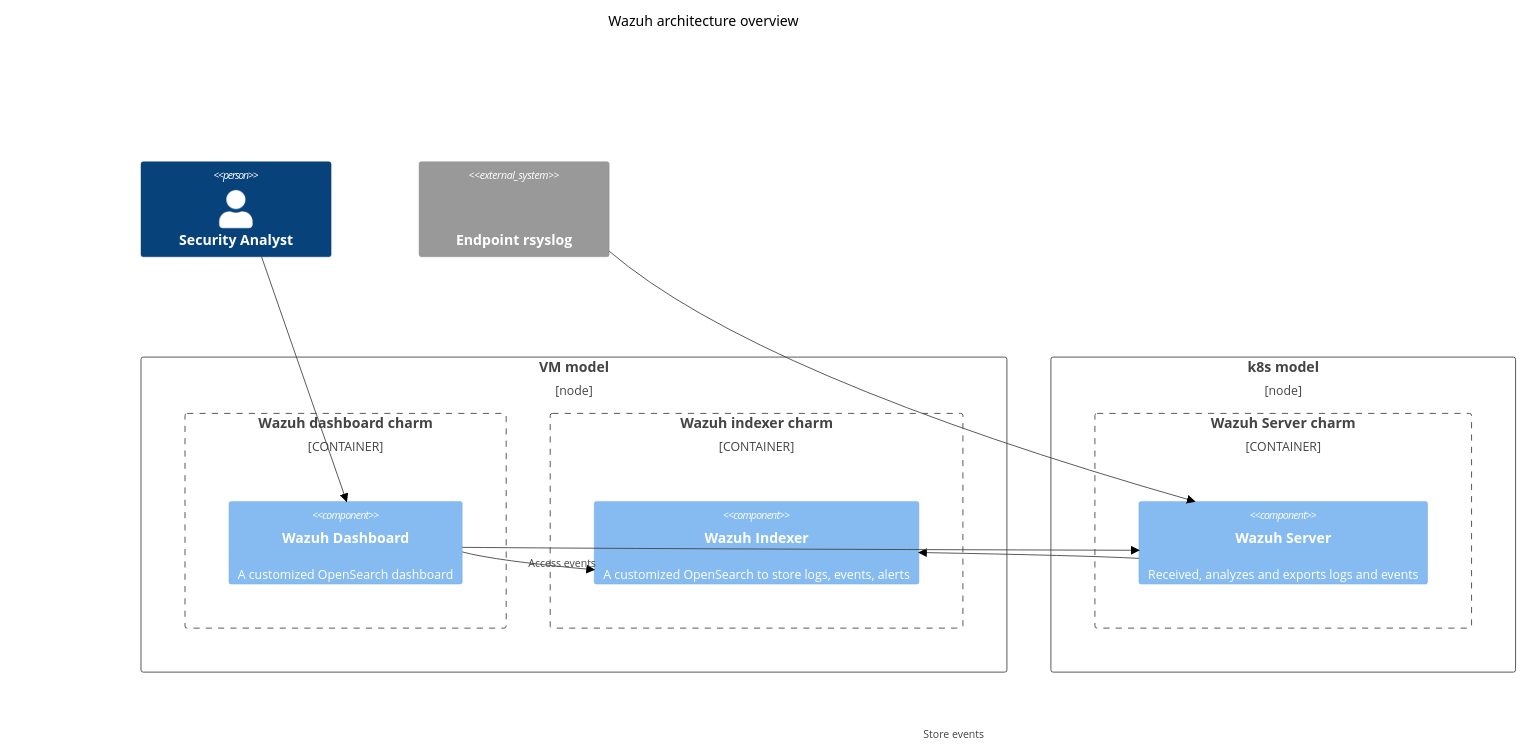
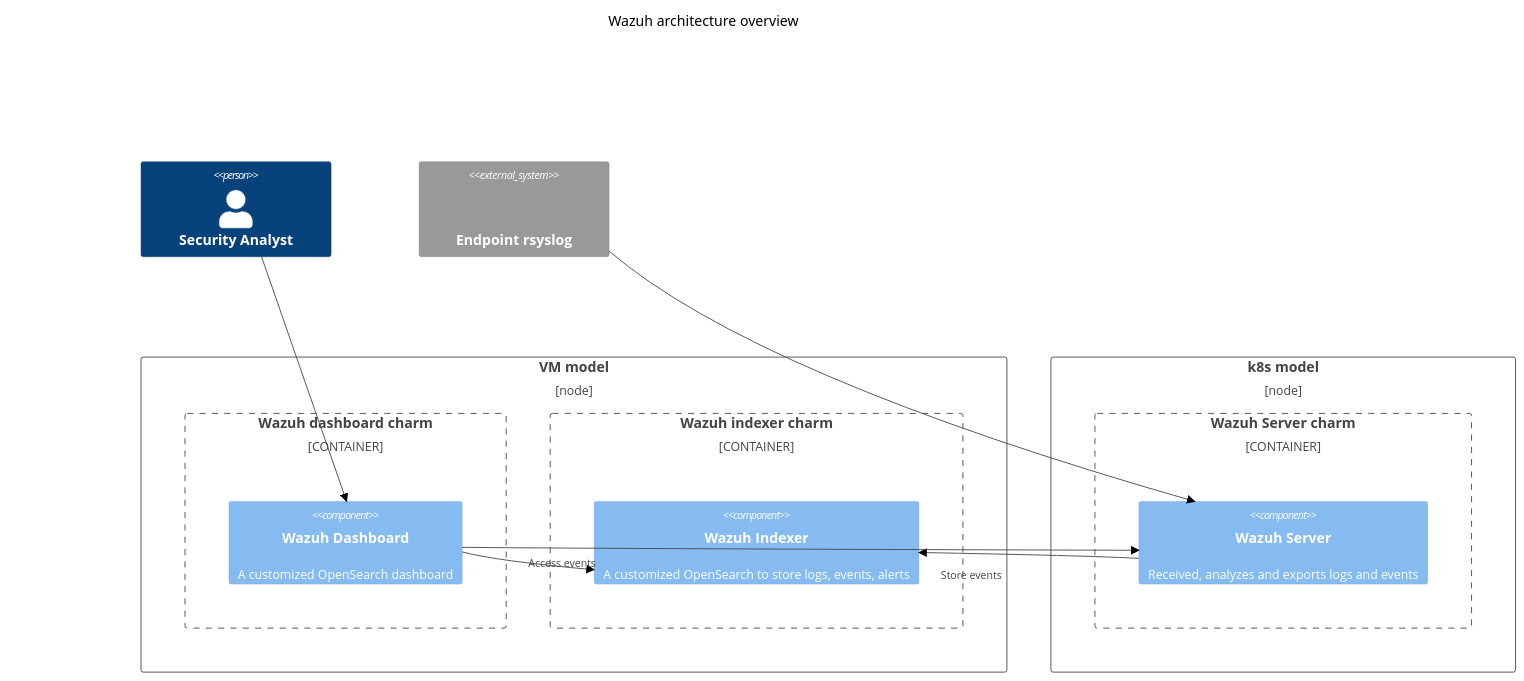
Before and after one commit to canonical/wazuh-server-operator: the diagram in docs/explanation/architecture-overview.md, drawn with Mermaid (forest theme).

````diff
--- a/docs/explanation/architecture-overview.md
+++ b/docs/explanation/architecture-overview.md
@@ -7,33 +7,33 @@
 ```mermaid
 C4Context
 title Wazuh architecture overview
 
 Person(security-analyst, "Security Analyst", "")
 Rel(security-analyst, wazuh-dashboard, "")
 
 Deployment_Node(vm-model, "VM model") {
   Container_Boundary(wazuh-dashboard, "Wazuh dashboard charm") {
     Component(wazuh-dashboard, "Wazuh Dashboard", "","A customized OpenSearch dashboard")
   }
   Container_Boundary(wazuh-indexer, "Wazuh indexer charm") {
     Component(wazuh-indexer, "Wazuh Indexer", "","A customized OpenSearch to store logs, events, alerts")
   }
 }
 
 Deployment_Node(k8s-model, "k8s model") {
   Container_Boundary(wazuh-server, "Wazuh Server charm") {
     Component(wazuh-server, "Wazuh Server", "", "Received, analyzes and exports logs and events")
   }
 }
 
 System_Ext(endpoint-rsyslog, "Endpoint rsyslog", "","Forwards logs to Wazuh")
 
 Rel(wazuh-server, wazuh-indexer, "Store events")
 Rel(wazuh-dashboard, wazuh-indexer, "Access events")
 Rel(wazuh-dashboard, wazuh-server, "")
 Rel(endpoint-rsyslog, wazuh-server, "")
 
-UpdateRelStyle(wazuh-server, wazuh-indexer, $offsetX="-120", $offsetY="200")
+UpdateRelStyle(wazuh-server, wazuh-indexer, $offsetX="-100", $offsetY="20")
 
 UpdateLayoutConfig($c4ShapeInRow="2", $c4BoundaryInRow="2")
 ```
````
